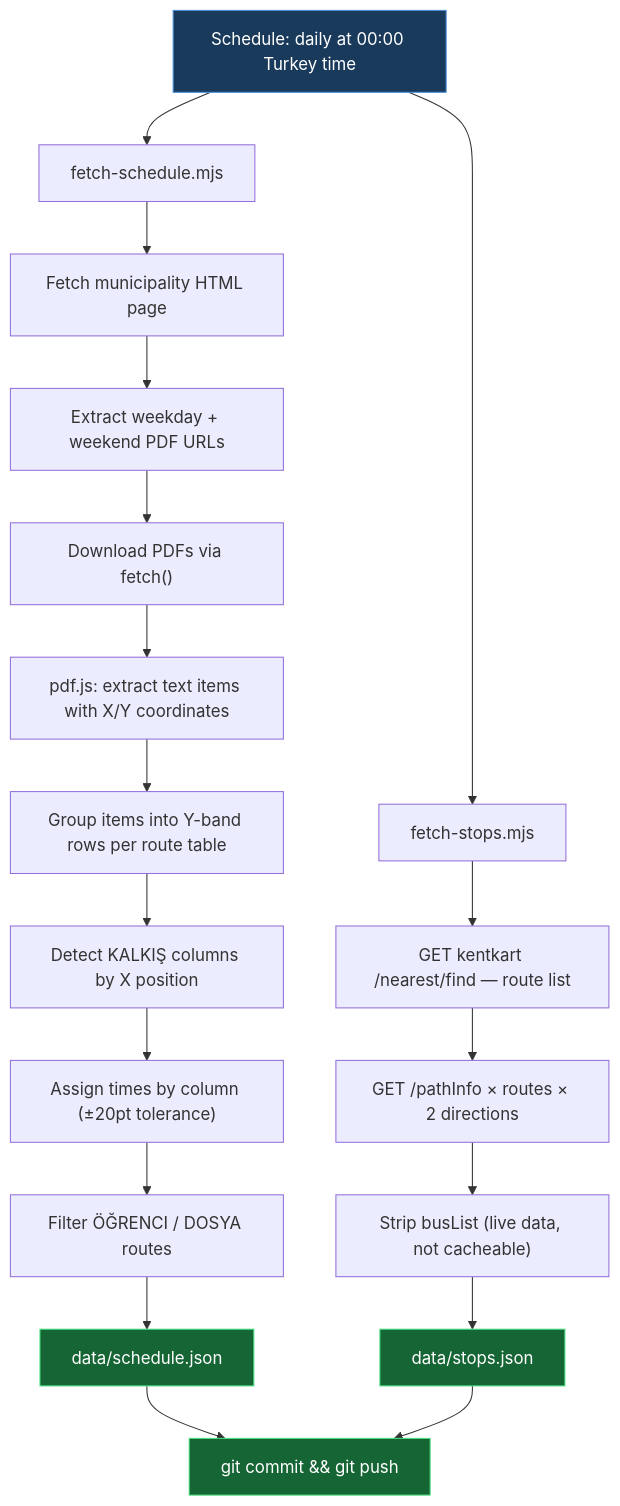
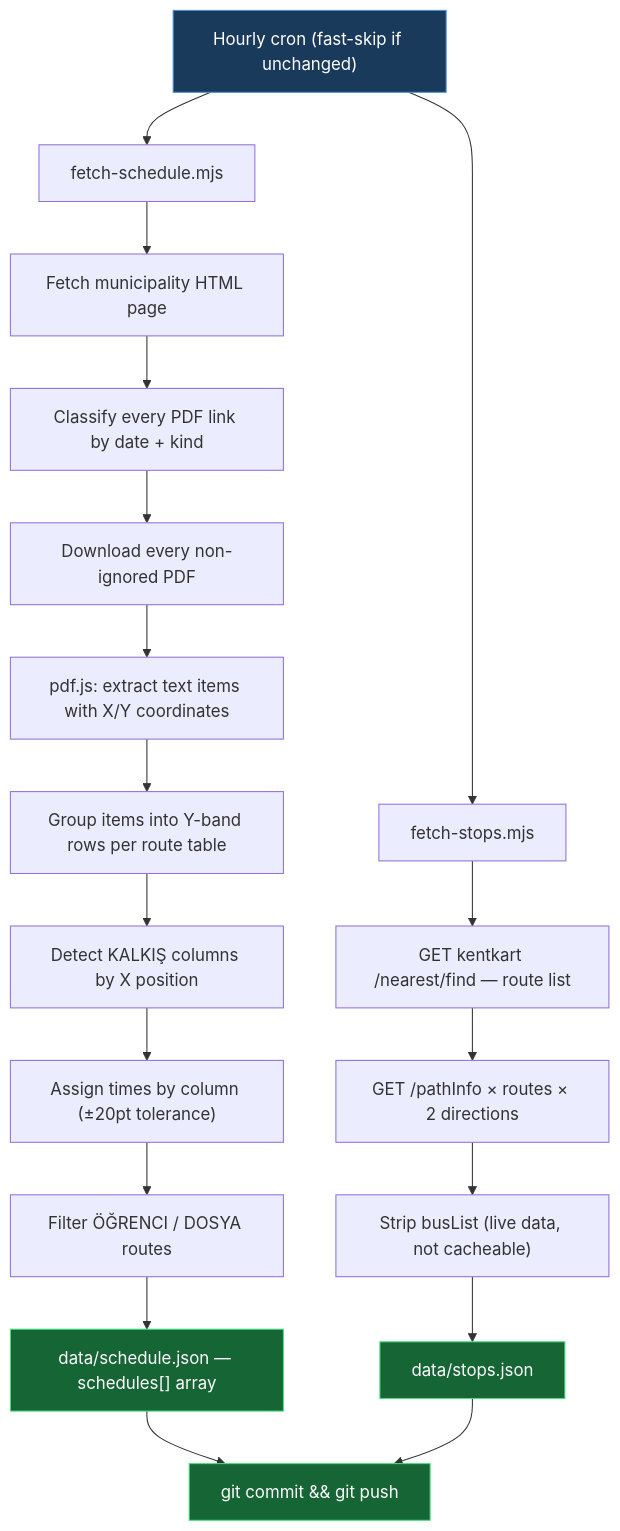
The third of 3 diagrams in _pages/projects/canakkale-hat-sefer.md (GamehunterKaan/kaangultekin.net), drawn with Mermaid before and after one commit. The commit also changed other lines of this file, not shown here.

```diff
--- a/_pages/projects/canakkale-hat-sefer.md
+++ b/_pages/projects/canakkale-hat-sefer.md
@@ -145,27 +164,27 @@
 <div class="mermaid">
 flowchart TD
-    A["Schedule: daily at 00:00 Turkey time"] --> B["fetch-schedule.mjs"]
+    A["Hourly cron (fast-skip if unchanged)"] --> B["fetch-schedule.mjs"]
     B --> C["Fetch municipality HTML page"]
-    C --> D["Extract weekday + weekend PDF URLs"]
-    D --> E["Download PDFs via fetch()"]
+    C --> D["Classify every PDF link by date + kind"]
+    D --> E["Download every non-ignored PDF"]
     E --> F["pdf.js: extract text items with X/Y coordinates"]
     F --> G["Group items into Y-band rows per route table"]
     G --> H["Detect KALKIŞ columns by X position"]
     H --> I["Assign times by column (±20pt tolerance)"]
     I --> J["Filter ÖĞRENCI / DOSYA routes"]
-    J --> K["data/schedule.json"]
+    J --> K["data/schedule.json — schedules[] array"]
 
     A --> L["fetch-stops.mjs"]
     L --> M["GET kentkart /nearest/find — route list"]
     M --> N["GET /pathInfo × routes × 2 directions"]
     N --> O["Strip busList (live data, not cacheable)"]
     O --> P["data/stops.json"]
 
     K --> Q["git commit && git push"]
     P --> Q
 
     style A fill:#1a3a5c,stroke:#4a90d9,color:#fff
     style K fill:#166534,stroke:#4ade80,color:#fff
     style P fill:#166534,stroke:#4ade80,color:#fff
     style Q fill:#166534,stroke:#4ade80,color:#fff
 </div>
```
